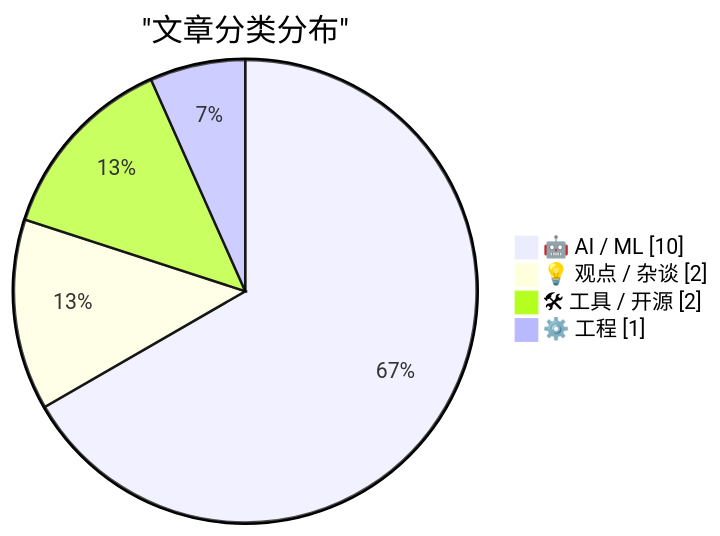
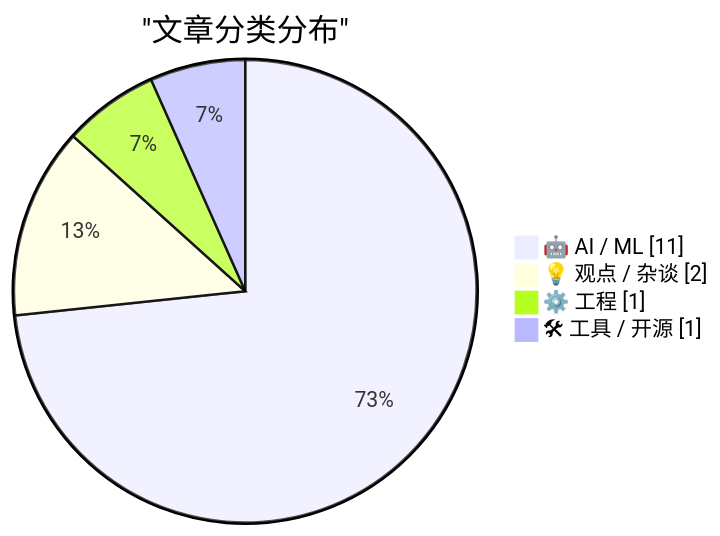
Before and after one commit to AustinWp/ai-daily-digest: the first of 2 diagrams in digests/digest-20260301.md, drawn with Mermaid. The commit also changed other lines of this file, not shown here.

````diff
--- a/digests/digest-20260301.md
+++ b/digests/digest-20260301.md
@@ -187,8 +345,8 @@
 ```mermaid
 pie showData
     title "文章分类分布"
-    "🤖 AI / ML" : 10
+    "🤖 AI / ML" : 11
     "💡 观点 / 杂谈" : 2
-    "🛠 工具 / 开源" : 2
     "⚙️ 工程" : 1
+    "🛠 工具 / 开源" : 1
 ```
````
